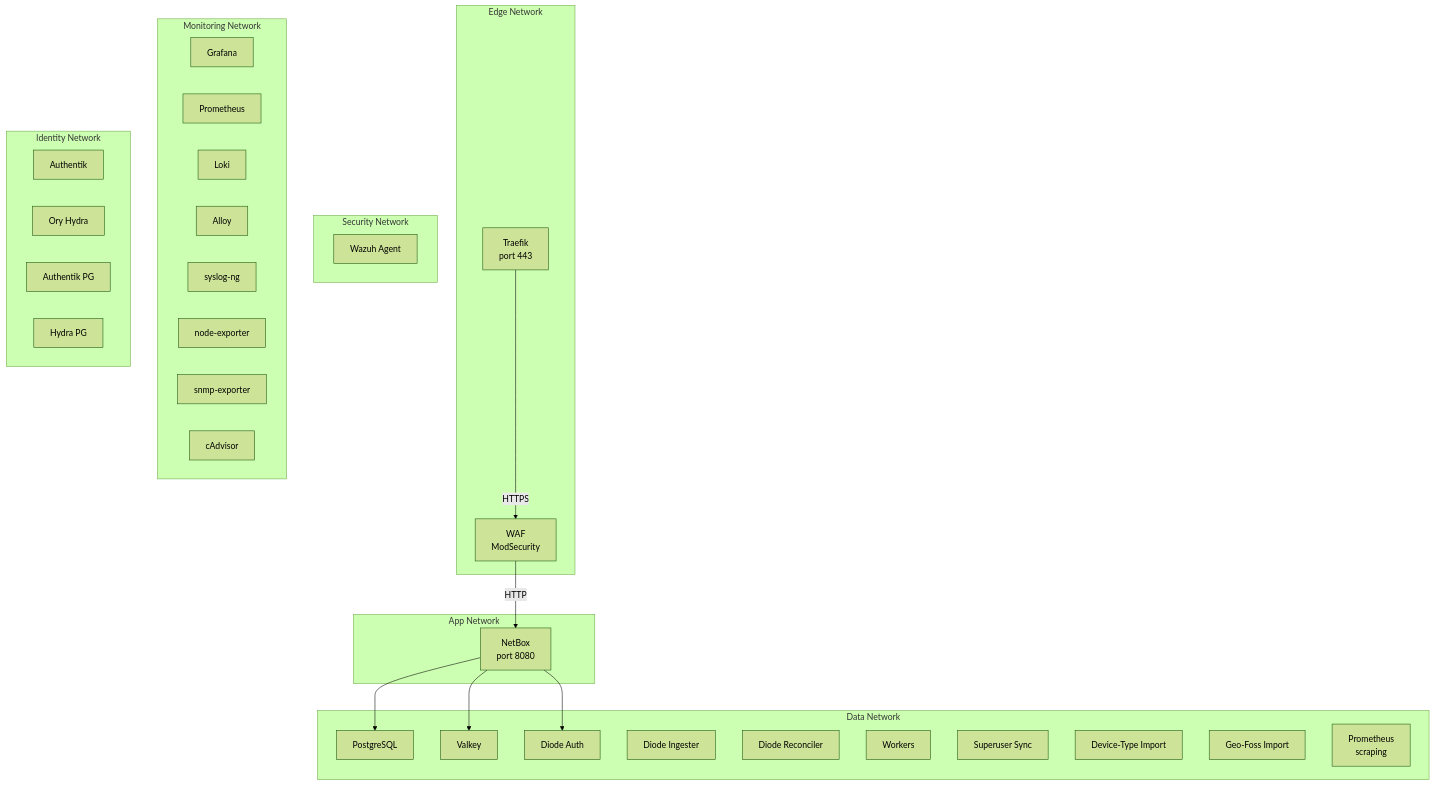
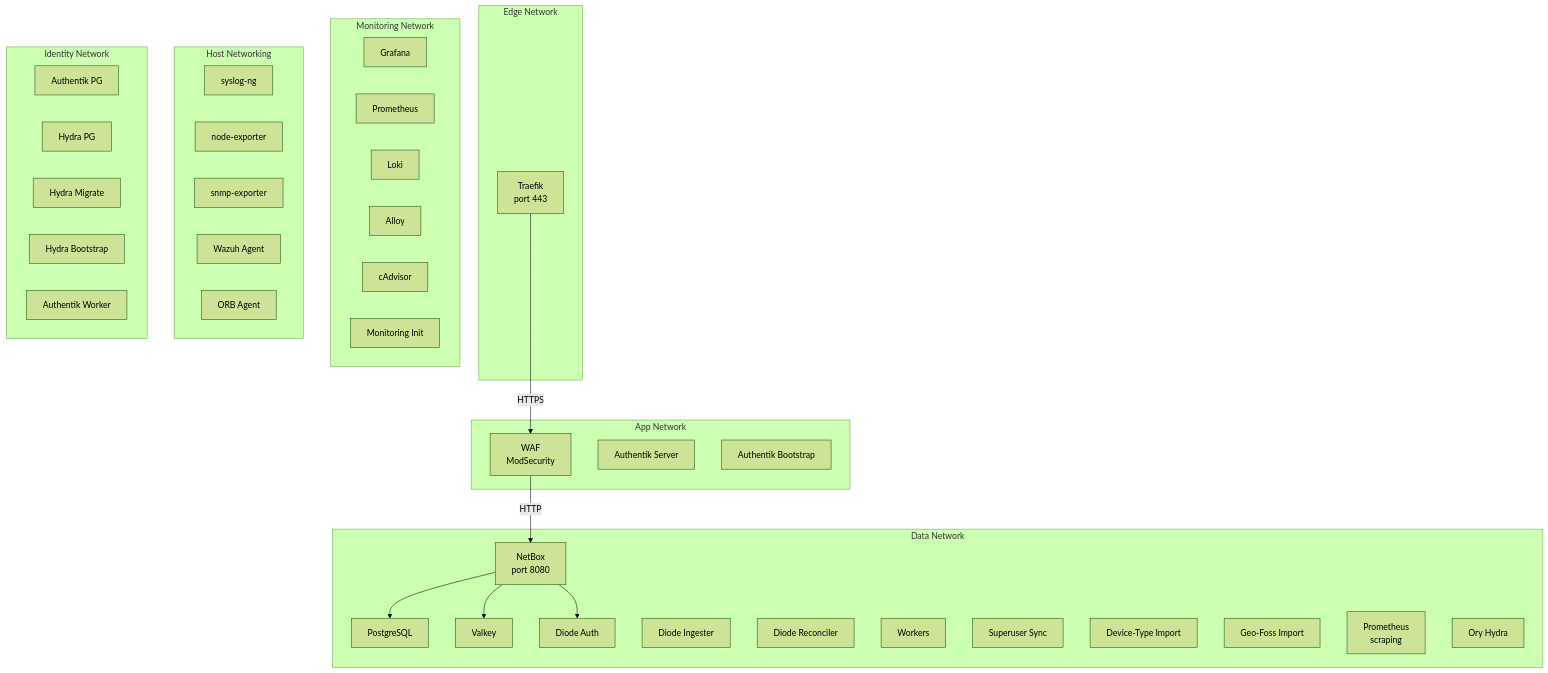
One commit to nullroute-commits/ultimate_info_gather changed the diagram in docs/factory/networking.md. Above: the diagram before and after it, drawn with Mermaid (forest theme). The commit also changed other lines of this file and 10 other files, not shown here.

````diff
--- a/docs/factory/networking.md
+++ b/docs/factory/networking.md
@@ -7,54 +7,65 @@
 ```mermaid
 graph TB
     subgraph edge["Edge Network"]
         T[Traefik<br/>port 443]
-        W[WAF<br/>ModSecurity]
     end
 
     subgraph app["App Network"]
-        W
-        NB[NetBox<br/>port 8080]
+        T
+        W[WAF<br/>ModSecurity]
+        AK[Authentik Server]
+        ABN[Authentik Bootstrap]
     end
 
     subgraph data["Data Network"]
-        NB
+        W
+        NB[NetBox<br/>port 8080]
         PG[PostgreSQL]
         VK[Valkey]
         DA[Diode Auth]
         DI[Diode Ingester]
         DR[Diode Reconciler]
         WK[Workers]
         SS[Superuser Sync]
         DTI[Device-Type Import]
         GF[Geo-Foss Import]
         PM[Prometheus<br/>scraping]
-    end
-
-    subgraph security["Security Network"]
-        WZ[Wazuh Agent]
+        HY2[Ory Hydra]
     end
 
     subgraph monitoring["Monitoring Network"]
         GR[Grafana]
         PM2[Prometheus]
         LK[Loki]
         AL[Alloy]
+        CA[cAdvisor]
+        MDI[Monitoring Init]
+    end
+
+    subgraph host_net["Host Networking"]
         SNG[syslog-ng]
         NE[node-exporter]
         SE[snmp-exporter]
-        CA[cAdvisor]
+        WZ[Wazuh Agent]
+        ORB[ORB Agent]
     end
 
     subgraph identity["Identity Network"]
-        AK[Authentik]
-        HY[Ory Hydra]
+        T
+        DA
+        AK
+        ABN
+        HY2
         APG[Authentik PG]
         HPG[Hydra PG]
+        HM[Hydra Migrate]
+        HBC[Hydra Bootstrap]
+        AW[Authentik Worker]
     end
 
     T -->|HTTPS| W
     W -->|HTTP| NB
     NB --> PG
     NB --> VK
     NB --> DA
 ```
````
